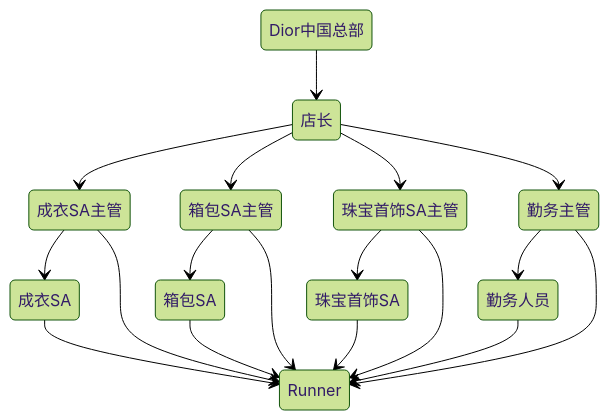
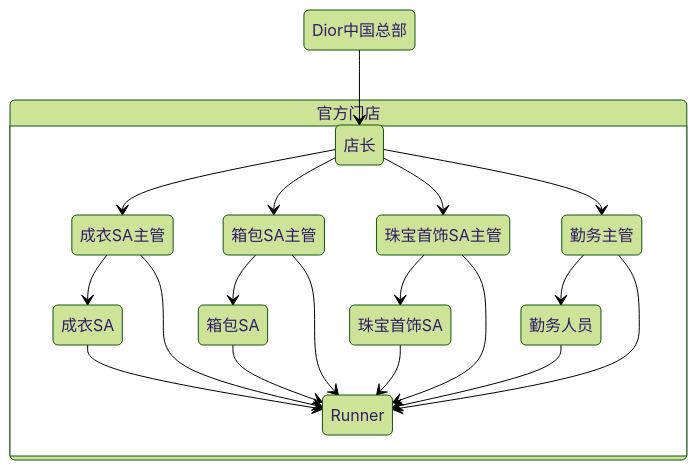
Before and after one commit to TommyZeng777/TommyZeng777.github.io: the diagram in docs/01.深圳城市基层考察/02.线下零售篇/03.迪奥兼职.md, drawn with Mermaid (forest theme).

````diff
--- a/docs/01.深圳城市基层考察/02.线下零售篇/03.迪奥兼职.md
+++ b/docs/01.深圳城市基层考察/02.线下零售篇/03.迪奥兼职.md
@@ -43,20 +43,23 @@
 ```mermaid
 stateDiagram-v2
+
 Dior中国总部 --> 店长
+state 官方门店 {
 店长 --> 成衣SA主管
 成衣SA主管 --> 成衣SA
 店长 --> 箱包SA主管
 箱包SA主管 --> 箱包SA
 店长 --> 珠宝首饰SA主管
 珠宝首饰SA主管 --> 珠宝首饰SA
 店长 --> 勤务主管 
 勤务主管 --> 勤务人员
 珠宝首饰SA --> Runner
 箱包SA --> Runner
 珠宝首饰SA主管 --> Runner
 箱包SA主管 --> Runner
 成衣SA --> Runner
 勤务主管 --> Runner
 勤务人员 --> Runner
 成衣SA主管 --> Runner
+}
 ```
````
